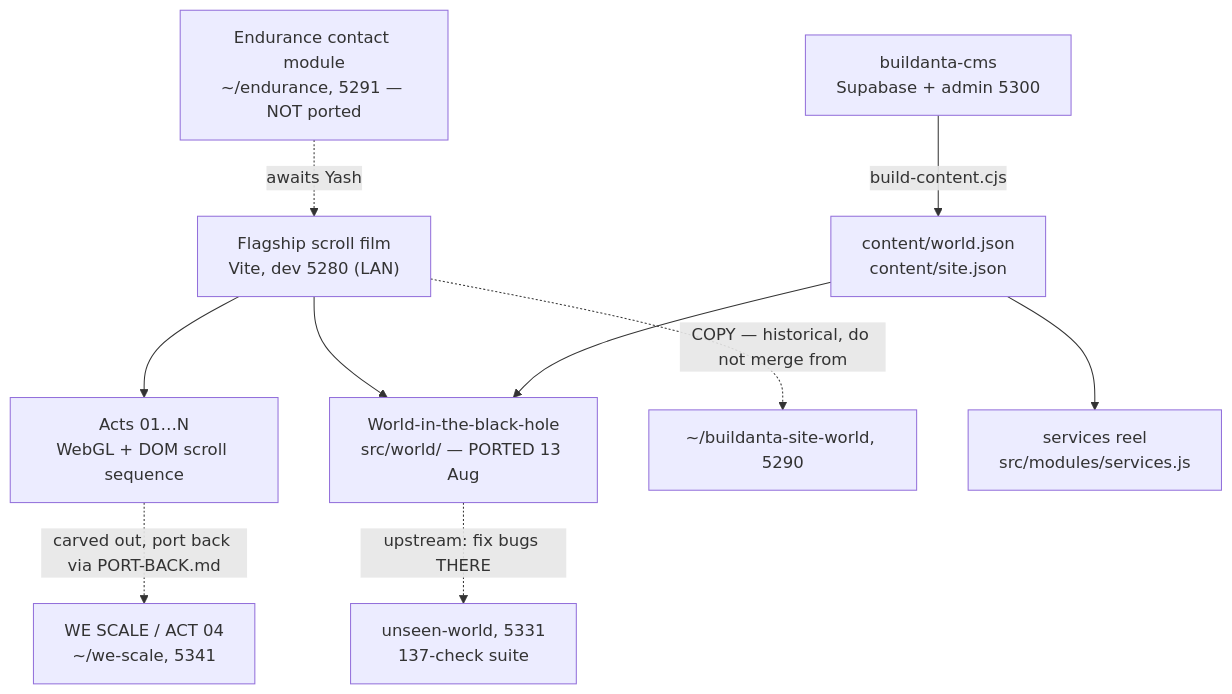
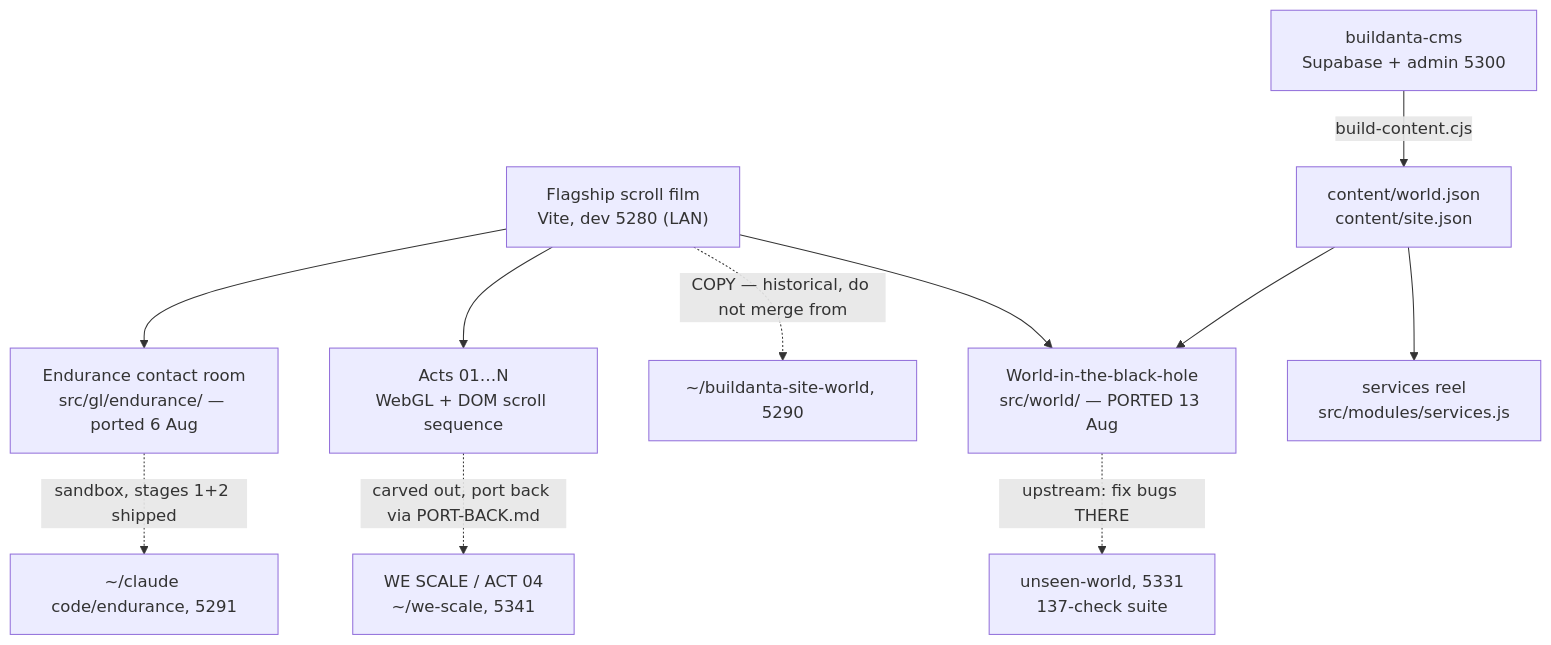
Before and after one commit to Sarthak01819/Buildanta-Solution-Optimized: the diagram in ARCHITECTURE.md, drawn with Mermaid. The commit also changed other lines of this file and 3 other files, not shown here.

````diff
--- a/ARCHITECTURE.md
+++ b/ARCHITECTURE.md
@@ -10,12 +10,13 @@
 ```mermaid
 flowchart TD
   SITE["Flagship scroll film<br/>Vite, dev 5280 (LAN)"] --> ACTS["Acts 01…N<br/>WebGL + DOM scroll sequence"]
   ACTS -.->|"carved out, port back via PORT-BACK.md"| WESCALE["WE SCALE / ACT 04<br/>~/we-scale, 5341"]
   SITE --> WORLD["World-in-the-black-hole<br/>src/world/ — PORTED 13 Aug"]
   WORLD -.->|"upstream: fix bugs THERE"| UW["unseen-world, 5331<br/>137-check suite"]
   SITE -.->|"COPY — historical, do not merge from"| OLD["~/buildanta-site-world, 5290"]
-  ENDUR["Endurance contact module<br/>~/endurance, 5291 — NOT ported"] -.->|awaits Yash| SITE
+  SITE --> ENDUR["Endurance contact room<br/>src/gl/endurance/ — ported 6 Aug"]
+  ENDUR -.->|"sandbox, stages 1+2 shipped"| ESB["~/claude code/endurance, 5291"]
   CMS["buildanta-cms<br/>Supabase + admin 5300"] -->|"build-content.cjs"| CONTENT["content/world.json<br/>content/site.json"]
   CONTENT --> WORLD
   CONTENT --> REEL["services reel<br/>src/modules/services.js"]
 ```
````
